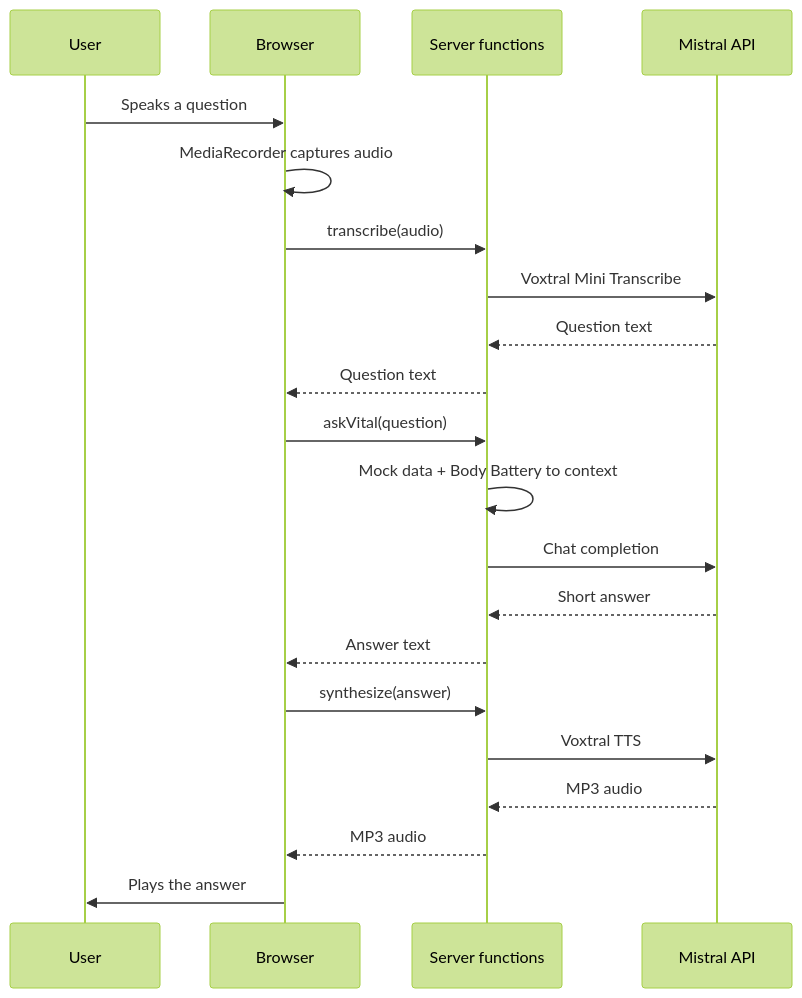
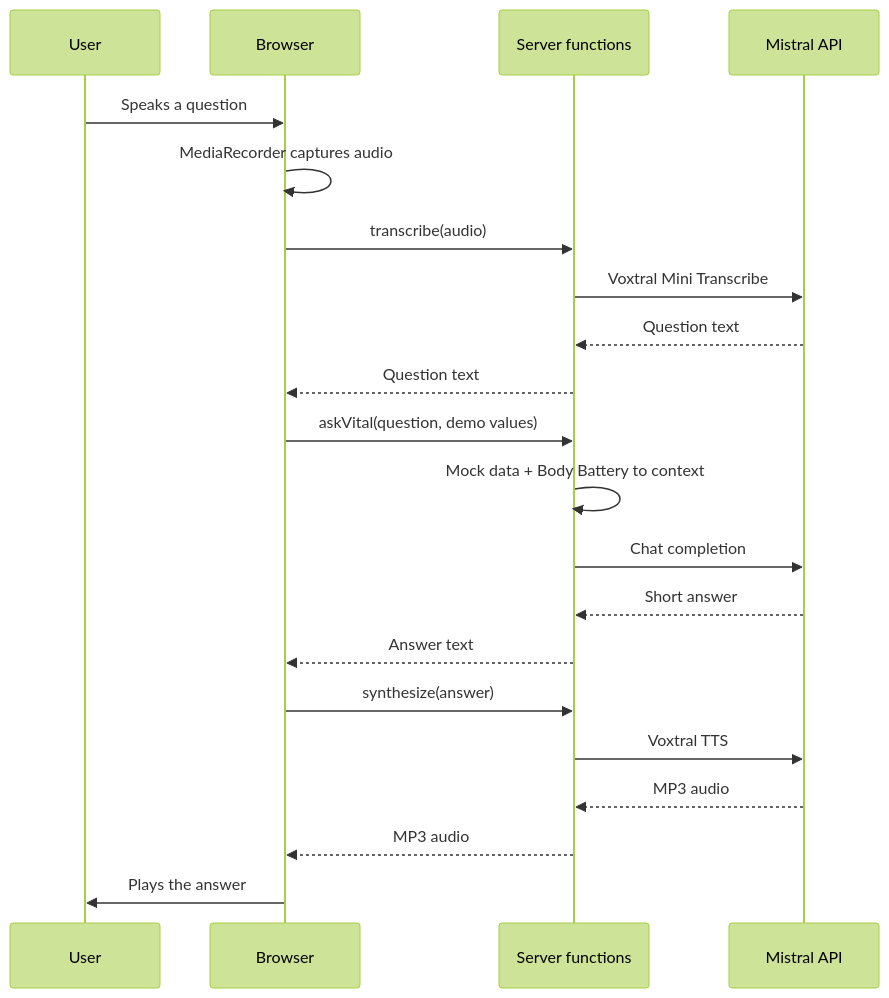
One commit to vitalvie/vital changed the diagram in docs/architecture.mdx. Above: the diagram before and after it, drawn with Mermaid (forest theme). The commit also changed other lines of this file and 30 other files, not shown here.

````diff
--- a/docs/architecture.mdx
+++ b/docs/architecture.mdx
@@ -25,23 +25,23 @@
 ```mermaid
 sequenceDiagram
   participant U as User
   participant B as Browser
   participant S as Server functions
   participant M as Mistral API
   U->>B: Speaks a question
   B->>B: MediaRecorder captures audio
   B->>S: transcribe(audio)
   S->>M: Voxtral Mini Transcribe
   M-->>S: Question text
   S-->>B: Question text
-  B->>S: askVital(question)
+  B->>S: askVital(question, demo values)
   S->>S: Mock data + Body Battery to context
   S->>M: Chat completion
   M-->>S: Short answer
   S-->>B: Answer text
   B->>S: synthesize(answer)
   S->>M: Voxtral TTS
   M-->>S: MP3 audio
   S-->>B: MP3 audio
   B->>U: Plays the answer
 ```
````
